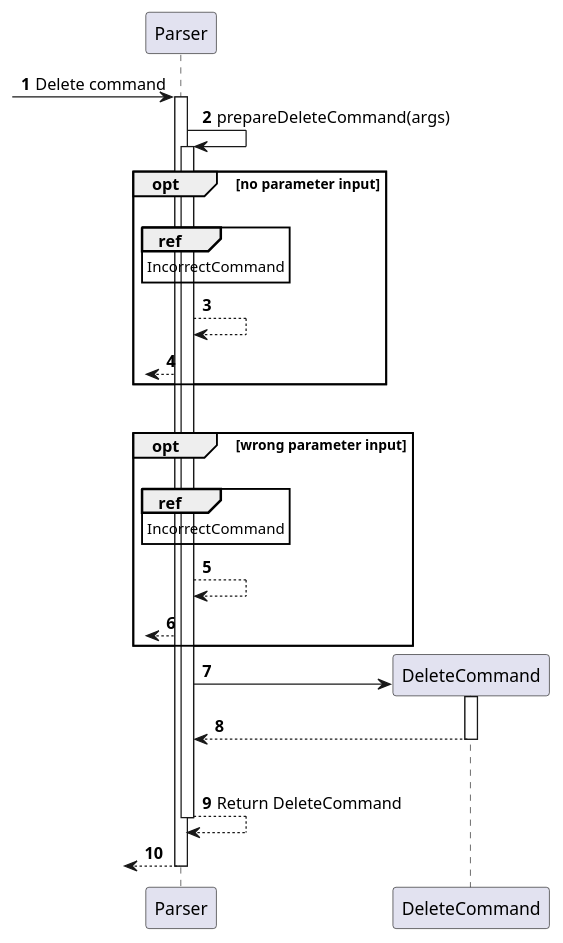
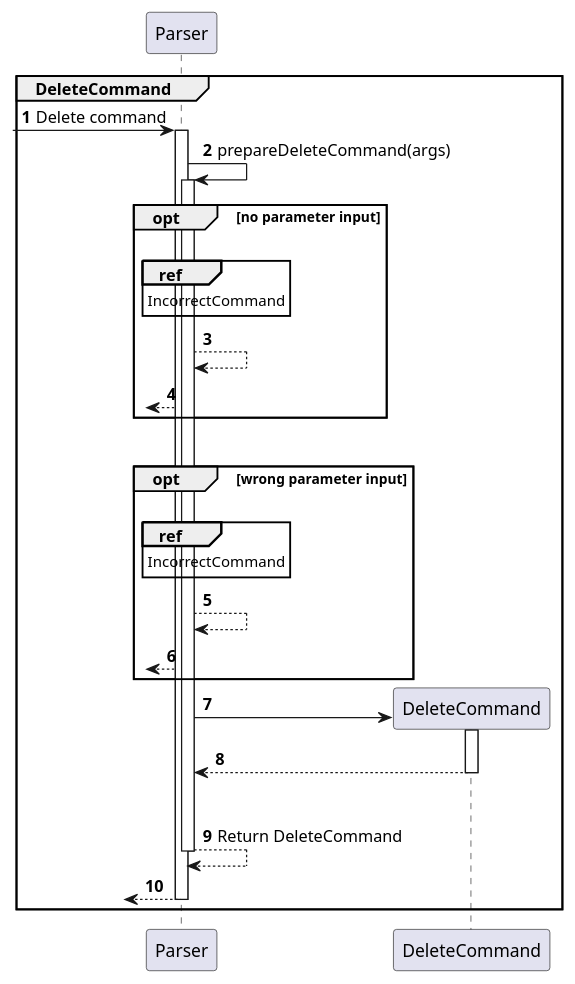
The diagram in docs/sequenceDiagrams/deleteCommand.puml (nus-cs2113-AY2122S2/tp), drawn with PlantUML before and after one commit. The commit also changed 17 other files, not shown here.

Commit message:
add sequnce diagram to DG

```diff
--- a/docs/sequenceDiagrams/deleteCommand.puml
+++ b/docs/sequenceDiagrams/deleteCommand.puml
@@ -1,37 +1,38 @@
 @startuml
 'https://plantuml.com/sequence-diagram
 
 autonumber
-
+group DeleteCommand
 ?-> Parser: Delete command
 Activate Parser
 Parser -> Parser: prepareDeleteCommand(args)
 Activate Parser
 
 opt no parameter input
     |||
     ref over Parser: IncorrectCommand
     Parser --> Parser
     ?<-- Parser
 end
 
 |||
 activate Parser
 opt wrong parameter input
     |||
     ref over Parser: IncorrectCommand
     Parser --> Parser
     ?<-- Parser
 end
 
 Parser -> DeleteCommand **
 Activate DeleteCommand
 Parser <-- DeleteCommand
 Deactivate DeleteCommand
 |||
 Parser --> Parser: Return DeleteCommand
 Deactivate Parser
 ?<-- Parser
 Deactivate Parser
+end
 
 @enduml
```
